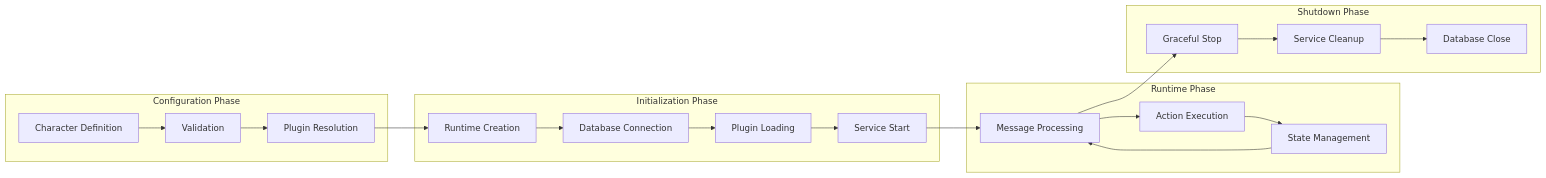
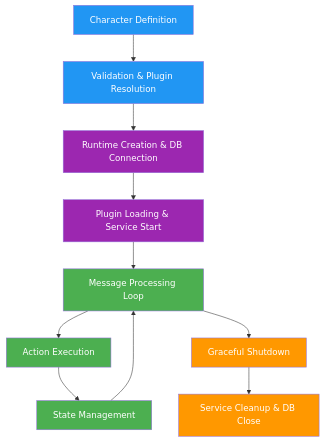
Before and after one commit to elizaOS/docs: the diagram in agents/runtime-and-lifecycle.mdx, drawn with Mermaid. The commit also changed 10 other files, not shown here.

Commit message:
improve mermaids

````diff
--- a/agents/runtime-and-lifecycle.mdx
+++ b/agents/runtime-and-lifecycle.mdx
@@ -10,27 +10,22 @@
 ```mermaid
-graph LR
-    subgraph "Configuration Phase"
-        A[Character Definition] --> B[Validation]
-        B --> C[Plugin Resolution]
-    end
+flowchart TD
+    A[Character Definition] --> B[Validation & Plugin Resolution]
+    B --> C[Runtime Creation & DB Connection]
+    C --> D[Plugin Loading & Service Start]
+    D --> E[Message Processing Loop]
+    E --> F[Action Execution]
+    F --> G[State Management]
+    G --> E
+    E --> H[Graceful Shutdown]
+    H --> I[Service Cleanup & DB Close]
     
-    subgraph "Initialization Phase"
-        C --> D[Runtime Creation]
-        D --> E[Database Connection]
-        E --> F[Plugin Loading]
-        F --> G[Service Start]
-    end
+    classDef configPhase fill:#2196f3,color:#fff
+    classDef initPhase fill:#9c27b0,color:#fff
+    classDef runtimePhase fill:#4caf50,color:#fff
+    classDef shutdownPhase fill:#ff9800,color:#fff
     
-    subgraph "Runtime Phase"
-        G --> H[Message Processing]
-        H --> I[Action Execution]
-        I --> J[State Management]
-        J --> H
-    end
-    
-    subgraph "Shutdown Phase"
-        H --> K[Graceful Stop]
-        K --> L[Service Cleanup]
-        L --> M[Database Close]
-    end
+    class A,B configPhase
+    class C,D initPhase
+    class E,F,G runtimePhase
+    class H,I shutdownPhase
 ```
````
